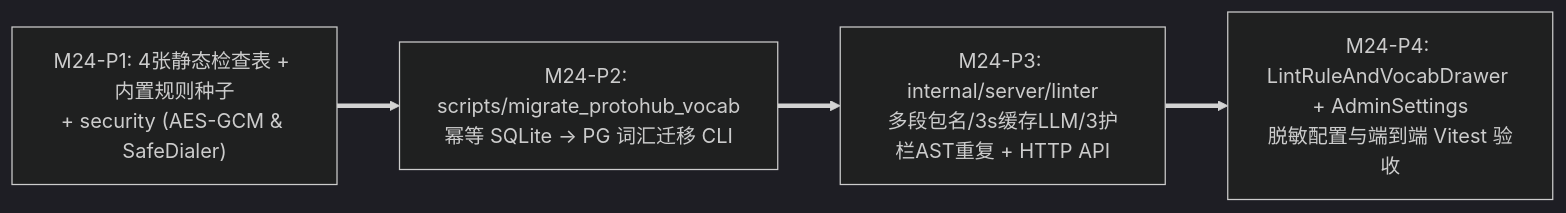
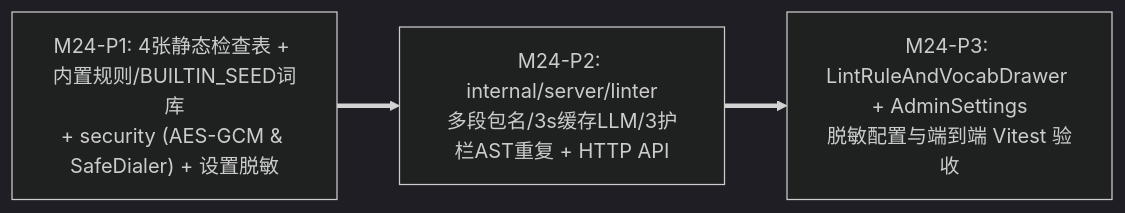
Before and after one commit to fugui/code-traefik: the diagram in docs/04-tasks/25-m24-static-lint-vocabulary-and-duplicate-ast.md, drawn with Mermaid (dark theme). The commit also changed other lines of this file and 10 other files, not shown here.

````diff
--- a/docs/04-tasks/25-m24-static-lint-vocabulary-and-duplicate-ast.md
+++ b/docs/04-tasks/25-m24-static-lint-vocabulary-and-duplicate-ast.md
@@ -31,6 +31,5 @@
 ```mermaid
 flowchart LR
-    P1["M24-P1: 4张静态检查表 + 内置规则种子\n+ security (AES-GCM & SafeDialer)"] ==> P2["M24-P2: scripts/migrate_protohub_vocab\n幂等 SQLite -> PG 词汇迁移 CLI"]
-    P2 ==> P3["M24-P3: internal/server/linter\n多段包名/3s缓存LLM/3护栏AST重复 + HTTP API"]
-    P3 ==> P4["M24-P4: LintRuleAndVocabDrawer + AdminSettings\n脱敏配置与端到端 Vitest 验收"]
+    P1["M24-P1: 4张静态检查表 + 内置规则/BUILTIN_SEED词库\n+ security (AES-GCM & SafeDialer) + 设置脱敏"] ==> P2["M24-P2: internal/server/linter\n多段包名/3s缓存LLM/3护栏AST重复 + HTTP API"]
+    P2 ==> P3["M24-P3: LintRuleAndVocabDrawer + AdminSettings\n脱敏配置与端到端 Vitest 验收"]
 ```
````
